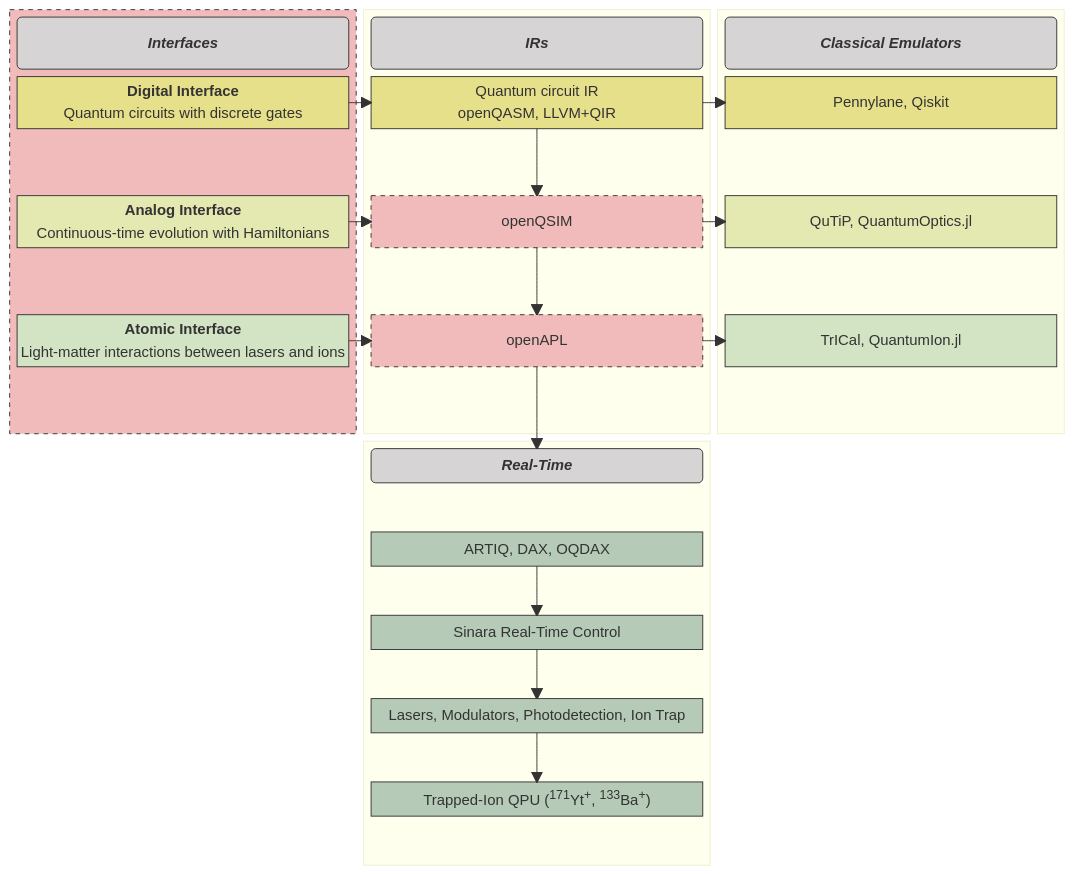
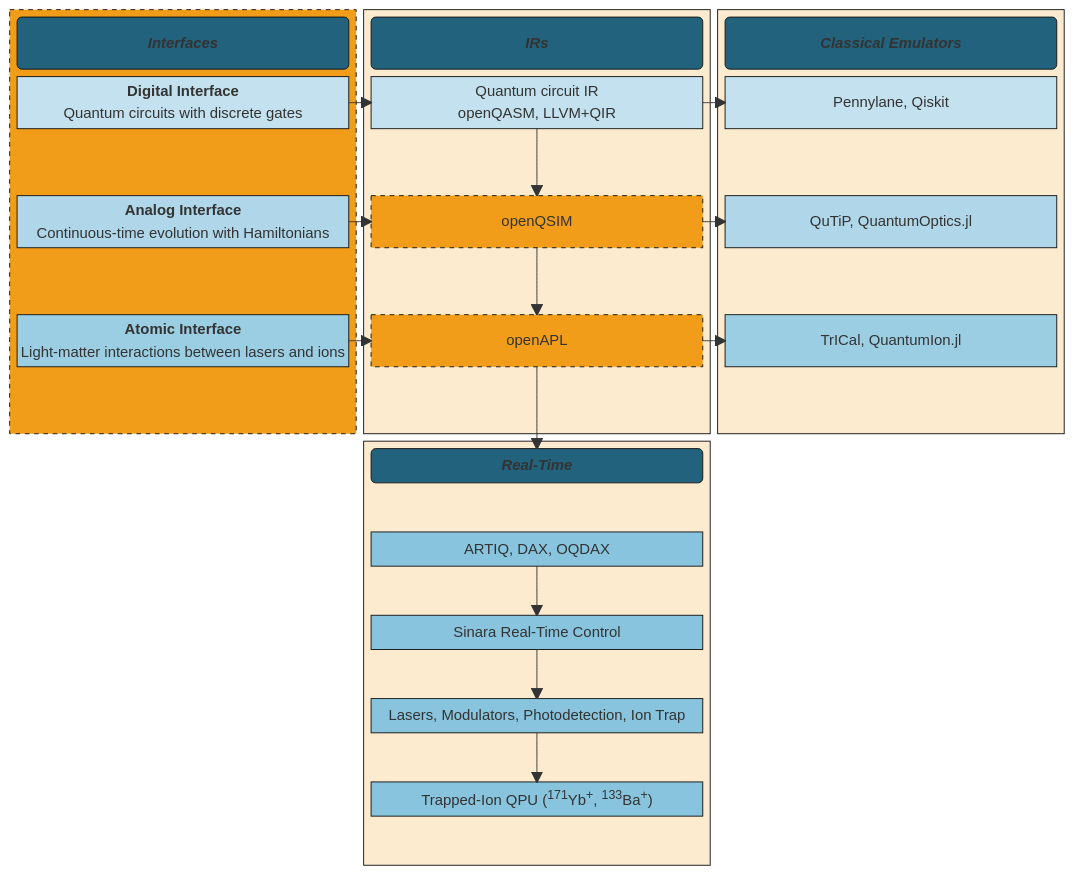
One commit to OpenQuantumDesign/oqd-core changed the diagram in README.md. Above: the diagram before and after it, drawn with Mermaid. The commit also changed other lines of this file and 1 other file, not shown here.

Commit message:
[docs] Update stack visual and doc index

````diff
--- a/README.md
+++ b/README.md
@@ -72,87 +72,92 @@
 ```mermaid
 block-beta
    columns 3
-   
+
    block:Interface
        columns 1
        InterfaceTitle("<i><b>Interfaces</b><i/>")
-       InterfaceDigital["<b>Digital Interface</b>\nQuantum circuits with discrete gates"] 
+       InterfaceDigital["<b>Digital Interface</b>\nQuantum circuits with discrete gates"]
        space
-       InterfaceAnalog["<b>Analog Interface</b>\n Continuous-time evolution with Hamiltonians"] 
+       InterfaceAnalog["<b>Analog Interface</b>\n Continuous-time evolution with Hamiltonians"]
        space
        InterfaceAtomic["<b>Atomic Interface</b>\nLight-matter interactions between lasers and ions"]
        space
     end
-    
+
     block:IR
        columns 1
        IRTitle("<i><b>IRs</b><i/>")
-       IRDigital["Quantum circuit IR\nopenQASM, LLVM+QIR"] 
+       IRDigital["Quantum circuit IR\nopenQASM, LLVM+QIR"]
        space
        IRAnalog["openQSIM"]
        space
        IRAtomic["openAPL"]
        space
     end
-    
+
     block:Emulator
        columns 1
        EmulatorsTitle("<i><b>Classical Emulators</b><i/>")
-       
-       EmulatorDigital["Pennylane, Qiskit"] 
+
+       EmulatorDigital["Pennylane, Qiskit"]
        space
        EmulatorAnalog["QuTiP, QuantumOptics.jl"]
        space
        EmulatorAtomic["TrICal, QuantumIon.jl"]
        space
     end
-    
+
     space
     block:RealTime
        columns 1
        RealTimeTitle("<i><b>Real-Time</b><i/>")
        space
-       RTSoftware["ARTIQ, DAX, OQDAX"] 
+       RTSoftware["ARTIQ, DAX, OQDAX"]
        space
        RTGateware["Sinara Real-Time Control"]
        space
        RTHardware["Lasers, Modulators, Photodetection, Ion Trap"]
        space
-       RTApparatus["Trapped-Ion QPU (<sup>171</sup>Yt<sup>+</sup>, <sup>133</sup>Ba<sup>+</sup>)"]
+       RTApparatus["Trapped-Ion QPU (<sup>171</sup>Yb<sup>+</sup>, <sup>133</sup>Ba<sup>+</sup>)"]
        space
     end
     space
-    
+
    InterfaceDigital --> IRDigital
    InterfaceAnalog --> IRAnalog
    InterfaceAtomic --> IRAtomic
-   
+
    IRDigital --> IRAnalog
    IRAnalog --> IRAtomic
-   
+
    IRDigital --> EmulatorDigital
    IRAnalog --> EmulatorAnalog
    IRAtomic --> EmulatorAtomic
-   
+
    IRAtomic --> RealTimeTitle
-   
+
    RTSoftware --> RTGateware
    RTGateware --> RTHardware
    RTHardware --> RTApparatus
-   
-    classDef title fill:#d6d4d4,stroke:#333,color:#333;
-    classDef digital fill:#E7E08B,stroke:#333,color:#333;
-    classDef analog fill:#E4E9B2,stroke:#333,color:#333;
-    classDef atomic fill:#D2E4C4,stroke:#333,color:#333;
-    classDef realtime fill:#B5CBB7,stroke:#333,color:#333;
 
-    classDef highlight fill:#f2bbbb,stroke:#333,color:#333,stroke-dasharray: 5 5;
-    
+   classDef title fill:#23627D,stroke:#141414,color:#FFFFFF;
+   classDef digital fill:#c3e1ee,stroke:#141414,color:#141414;
+   classDef analog fill:#afd7e9,stroke:#141414,color:#141414;
+   classDef atomic fill:#9ccee3,stroke:#141414,color:#141414;
+   classDef realtime fill:#88c4dd,stroke:#141414,color:#141414;
+
+    classDef highlight fill:#F19D19,stroke:#141414,color:#141414,stroke-dasharray: 5 5;
+    classDef normal fill:#fcebcf,stroke:#141414,color:#141414;
+
     class InterfaceTitle,IRTitle,EmulatorsTitle,RealTimeTitle title
     class InterfaceDigital,IRDigital,EmulatorDigital digital
     class InterfaceAnalog,IRAnalog,EmulatorAnalog analog
     class InterfaceAtomic,IRAtomic,EmulatorAtomic atomic
     class RTSoftware,RTGateware,RTHardware,RTApparatus realtime
-   
+
    class Interface,IRAnalog,IRAtomic highlight
+
+    class Emulator normal
+    class IR normal
+    class RealTime normal
 ```
````
